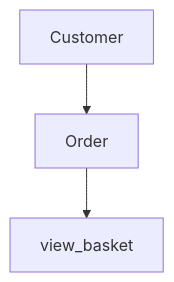
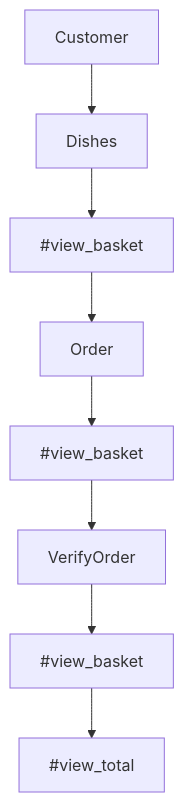
Before and after one commit to makersacademy/takeaway-challenge: the third of 4 diagrams in README.md, drawn with Mermaid. The commit also changed other lines of this file and 4 other files, not shown here.

Commit message:
Added third class VerifyOrder

````diff
--- a/README.md
+++ b/README.md
@@ -92,5 +94,10 @@
 ```mermaid
 graph TD
-    A[Customer] -->B[Order]
-    B[Order] --> C[view_basket]
+    A[Customer] -->B[Dishes]
+    B[Dishes] --> C[#view_basket]
+    C[#view_basket] --> D[Order]
+    D[Order] --> E[#view_basket]
+    E[#view_basket] --> F[VerifyOrder]
+    F[VerifyOrder] --> G[#view_basket]
+    G[#view_basket] --> H[#view_total]
 ```
````
